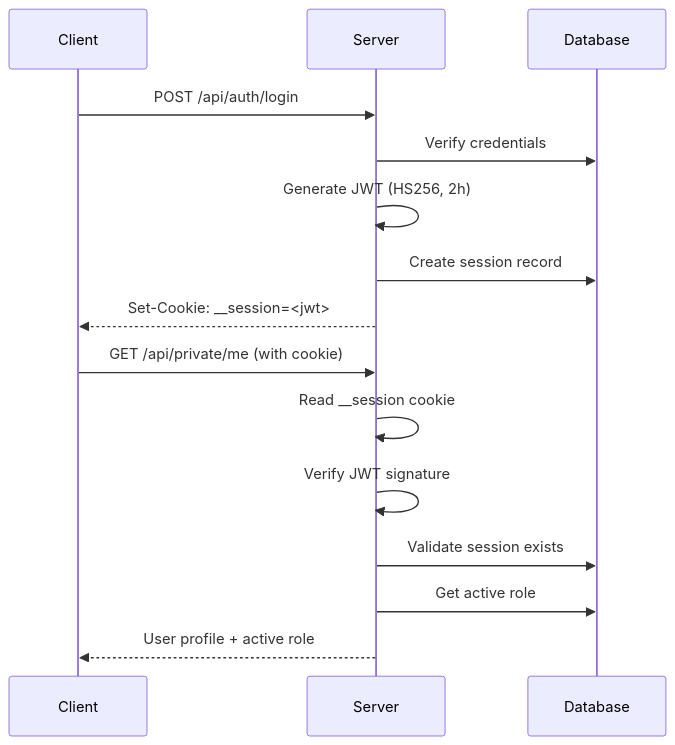
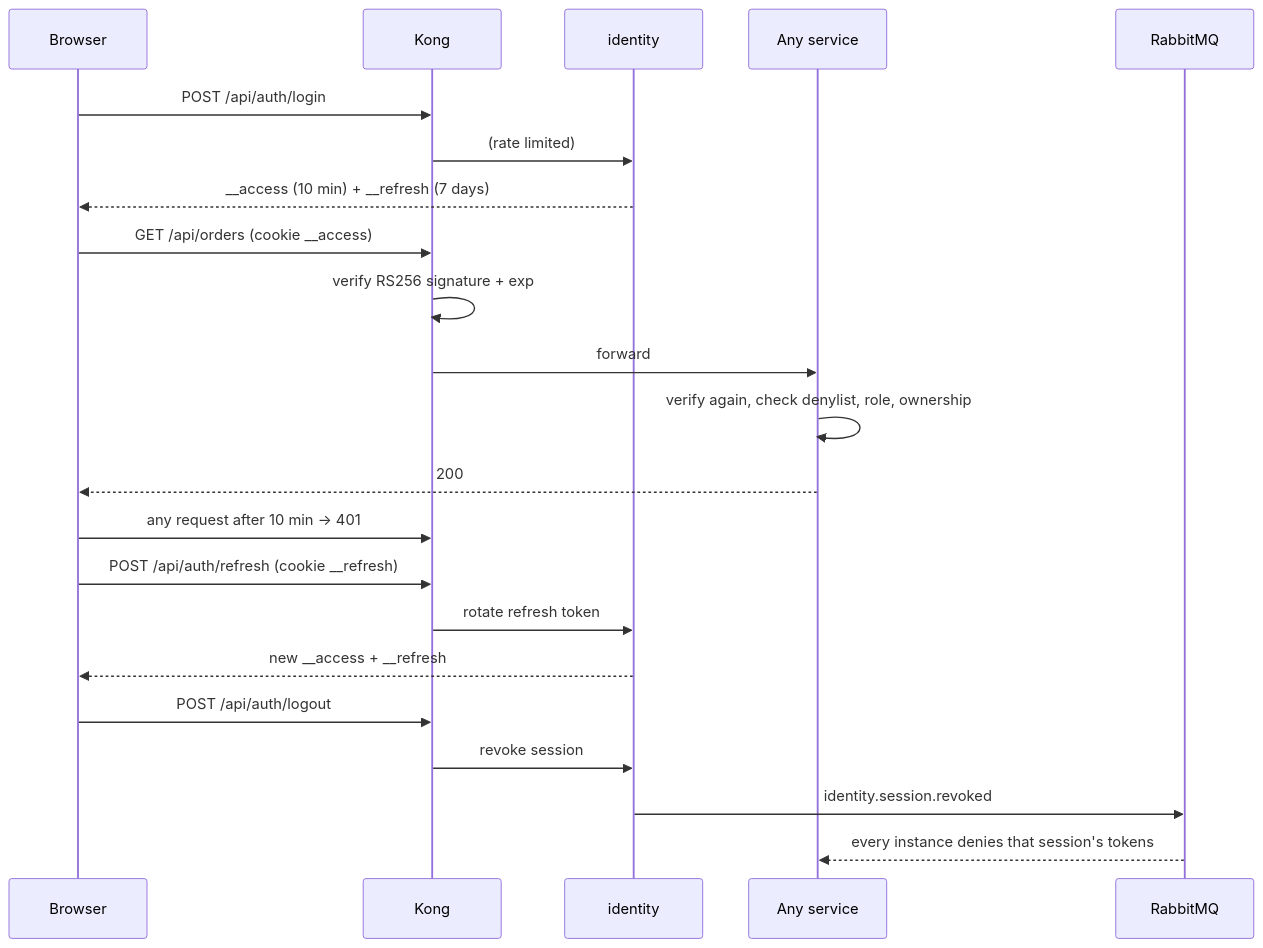
One commit to sayyidrafeed/Seapedia changed the second of 3 diagrams in docs/AUTH.md. Above: the diagram before and after it, drawn with Mermaid. The commit also changed other lines of this file and 26 other files, not shown here.

````diff
--- a/docs/AUTH.md
+++ b/docs/AUTH.md
@@ -68,19 +68,28 @@
 ```mermaid
 sequenceDiagram
-    participant C as Client
-    participant S as Server
-    participant DB as Database
+    participant C as Browser
+    participant K as Kong
+    participant I as identity
+    participant S as Any service
+    participant Q as RabbitMQ
 
-    C->>S: POST /api/auth/login
-    S->>DB: Verify credentials
-    S->>S: Generate JWT (HS256, 2h)
-    S->>DB: Create session record
-    S-->>C: Set-Cookie: __session=<jwt>
+    C->>K: POST /api/auth/login
+    K->>I: (rate limited)
+    I-->>C: __access (10 min) + __refresh (7 days)
 
-    C->>S: GET /api/private/me (with cookie)
-    S->>S: Read __session cookie
-    S->>S: Verify JWT signature
-    S->>DB: Validate session exists
-    S->>DB: Get active role
-    S-->>C: User profile + active role
+    C->>K: GET /api/orders (cookie __access)
+    K->>K: verify RS256 signature + exp
+    K->>S: forward
+    S->>S: verify again, check denylist, role, ownership
+    S-->>C: 200
+
+    C->>K: any request after 10 min → 401
+    C->>K: POST /api/auth/refresh (cookie __refresh)
+    K->>I: rotate refresh token
+    I-->>C: new __access + __refresh
+
+    C->>K: POST /api/auth/logout
+    K->>I: revoke session
+    I->>Q: identity.session.revoked
+    Q-->>S: every instance denies that session's tokens
 ```
````
